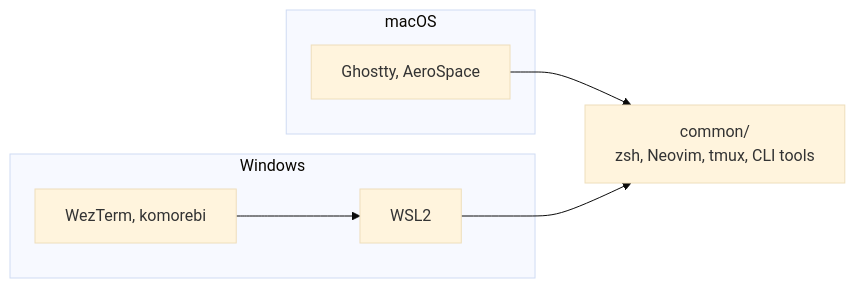
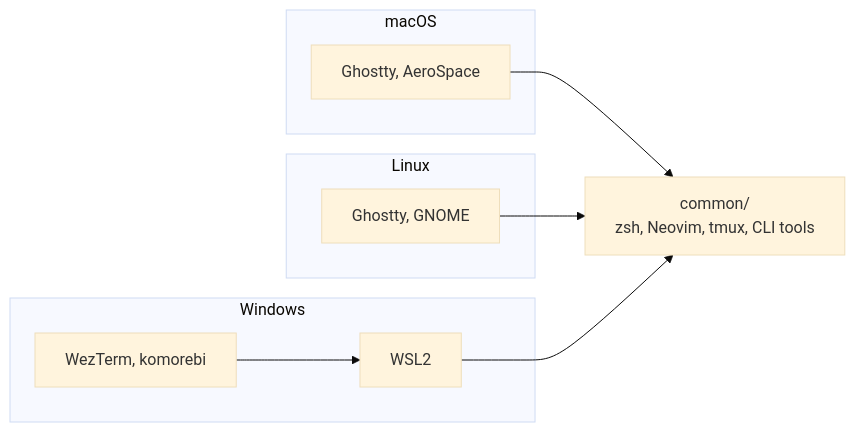
Before and after one commit to msetsma/.dotfiles: the first of 2 diagrams in README.md, drawn with Mermaid (base theme). The commit also changed other lines of this file and 14 other files, not shown here.

````diff
--- a/README.md
+++ b/README.md
@@ -20,11 +20,15 @@
 ```mermaid
 flowchart LR
     subgraph macOS
         M[Ghostty, AeroSpace]
     end
+    subgraph Linux
+        L[Ghostty, GNOME]
+    end
     subgraph Windows
         W[WezTerm, komorebi] --> WSL[WSL2]
     end
     M --> C["common/<br/>zsh, Neovim, tmux, CLI tools"]
+    L --> C
     WSL --> C
 ```
````
